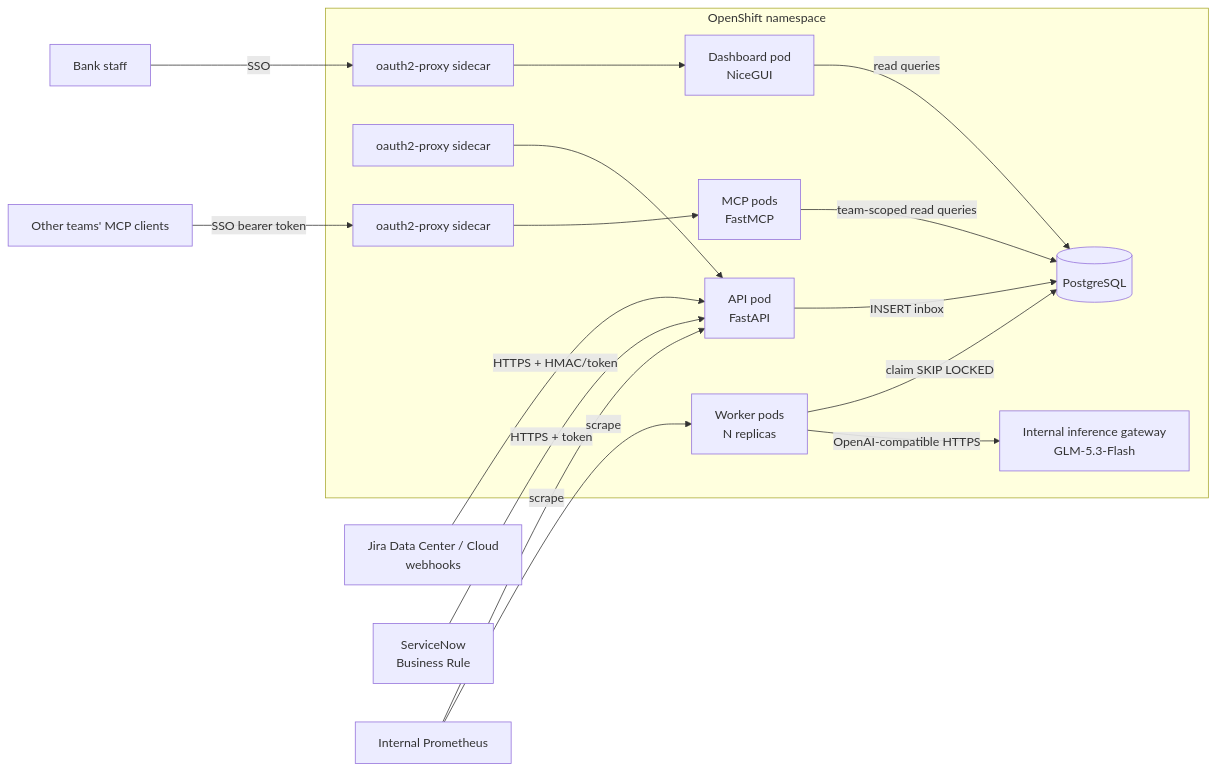
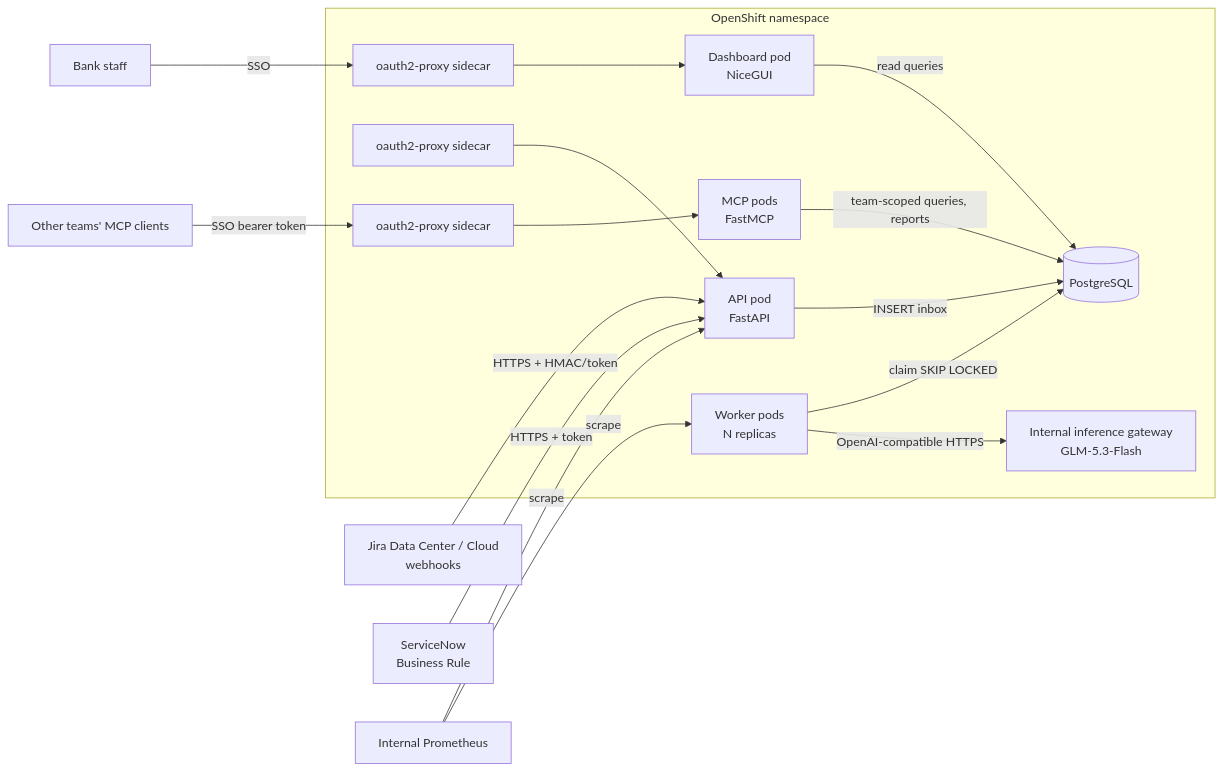
Before and after one commit to mecitsemerci/branchops-intelligence: the first of 4 diagrams in docs/architecture.md, drawn with Mermaid. The commit also changed other lines of this file and 7 other files, not shown here.

````diff
--- a/docs/architecture.md
+++ b/docs/architecture.md
@@ -17,18 +18,18 @@
 ```mermaid
 flowchart LR
     Jira[Jira Data Center / Cloud<br/>webhooks] -- HTTPS + HMAC/token --> API
     SNOW[ServiceNow<br/>Business Rule] -- HTTPS + token --> API
     subgraph OpenShift namespace
         API[API pod<br/>FastAPI] -- INSERT inbox --> PG[(PostgreSQL)]
         Worker[Worker pods<br/>N replicas] -- claim SKIP LOCKED --> PG
         Worker -- OpenAI-compatible HTTPS --> LLM[Internal inference gateway<br/>GLM-5.3-Flash]
         Dash[Dashboard pod<br/>NiceGUI] -- read queries --> PG
         Proxy[oauth2-proxy sidecar] --> Dash
         Proxy2[oauth2-proxy sidecar] --> API
-        MCP[MCP pods<br/>FastMCP] -- team-scoped read queries --> PG
+        MCP[MCP pods<br/>FastMCP] -- team-scoped queries, reports --> PG
         Proxy3[oauth2-proxy sidecar] --> MCP
     end
     Users[Bank staff] -- SSO --> Proxy
     Teams[Other teams' MCP clients] -- SSO bearer token --> Proxy3
     Prom[Internal Prometheus] -- scrape --> API & Worker
 ```
````
